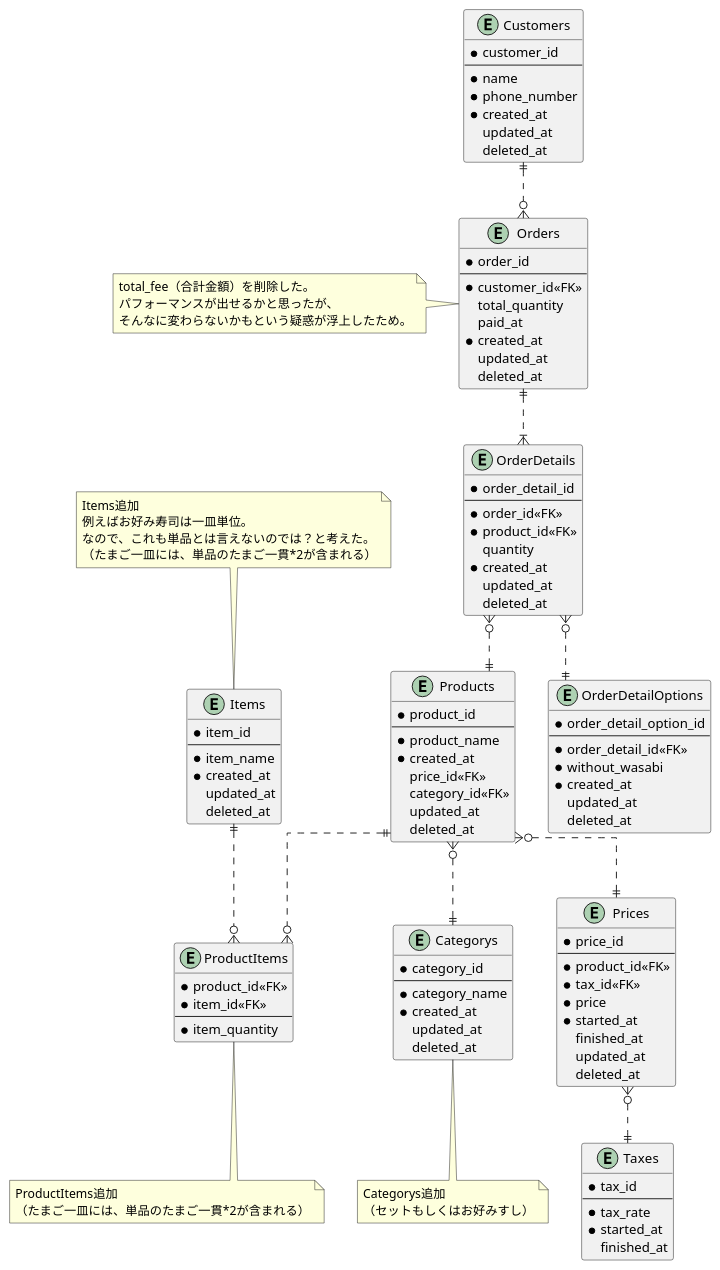
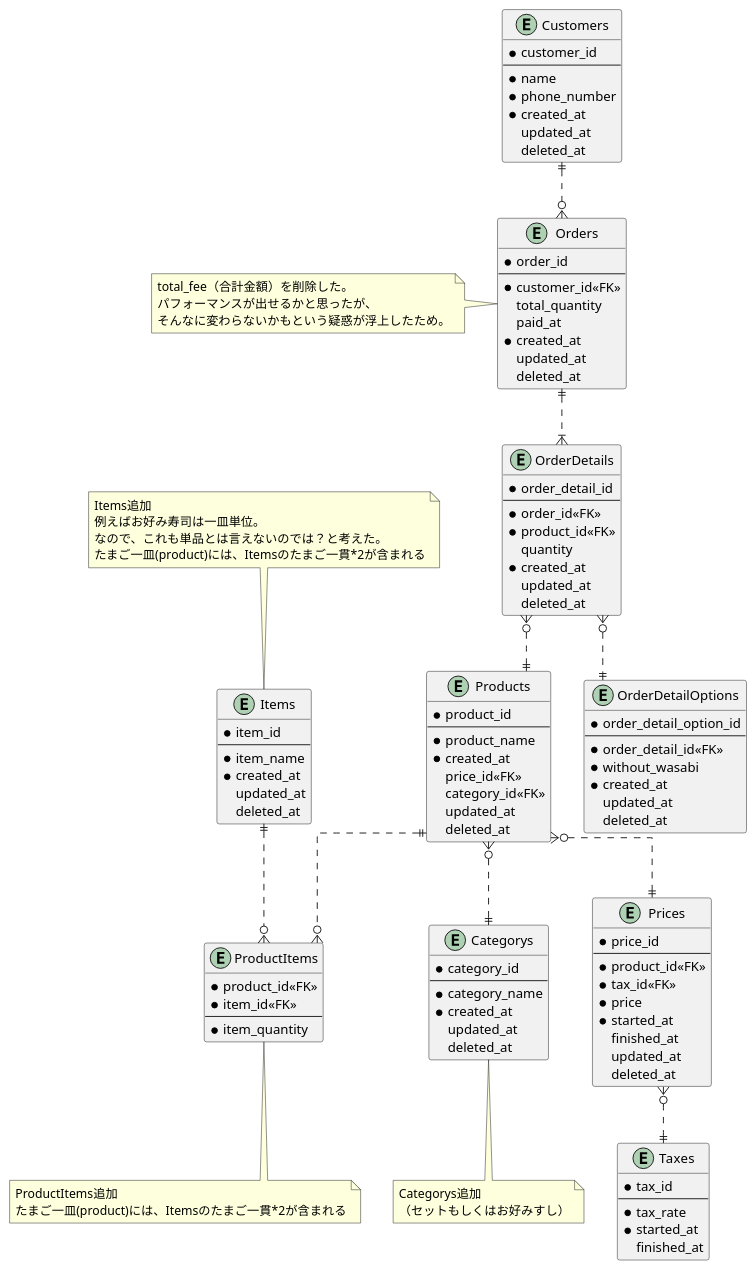
Before and after one commit to moritanuki/praha_challenge: the diagram in 01_データベース設計/01_DBモデリング1/01_課題1/sushi_ordering_schema_01.puml, drawn with PlantUML. The commit also changed 1 other file, not shown here.

```diff
--- a/01_データベース設計/01_DBモデリング1/01_課題1/sushi_ordering_schema_01.puml
+++ b/01_データベース設計/01_DBモデリング1/01_課題1/sushi_ordering_schema_01.puml
@@ -1,147 +1,147 @@
 @startuml sushi_ordering_schema_01
 
 skinparam {
   ' カーディナリティ斜め対策
    linetype ortho
 }
 
 ' 顧客
 entity "Customers" as Customers {
   * customer_id
   --
   * name
   * phone_number
   * created_at
     updated_at
     deleted_at
 }
 
 ' 商品
 entity "Products" as Products {
   * product_id
   --
   * product_name
   * created_at
     price_id<<FK>>
     category_id<<FK>>
     updated_at
     deleted_at
 }
 
 ' 商品カテゴリ
 entity "Categorys" as Categorys {
   * category_id
   --
   * category_name
   * created_at
     updated_at
     deleted_at
 }
 
 note bottom of Categorys
   Categorys追加
   （セットもしくはお好みすし）
 end note
 
 ' 商品金額
 entity "Prices" as Prices {
   * price_id
   --
   * product_id<<FK>>
   * tax_id<<FK>>
   * price
   * started_at
     finished_at
     updated_at
     deleted_at
 }
 
 ' 商品_単品
 entity "ProductItems" as ProductItems {
   * product_id<<FK>>
   * item_id<<FK>>
   --
   * item_quantity
 }
 
 note bottom of ProductItems
   ProductItems追加
-  （たまご一皿には、単品のたまご一貫*2が含まれる）
+  たまご一皿(product)には、Itemsのたまご一貫*2が含まれる
 end note
 
 ' 単品
 entity "Items" as Items {
   * item_id
   --
   * item_name
   * created_at
     updated_at
     deleted_at
 }
 
 note top of Items
   Items追加
   例えばお好み寿司は一皿単位。
   なので、これも単品とは言えないのでは？と考えた。
-  （たまご一皿には、単品のたまご一貫*2が含まれる）
+  たまご一皿(product)には、Itemsのたまご一貫*2が含まれる
 end note
 
 ' 消費税
 entity "Taxes" as Taxes {
   * tax_id
   --
   * tax_rate
   * started_at
     finished_at
 }
 
 ' 注文
 entity "Orders" as Orders {
   * order_id
   --
   * customer_id<<FK>>
     total_quantity
     paid_at
   * created_at
     updated_at
     deleted_at
 }
 
 note left of Orders
   total_fee（合計金額）を削除した。
   パフォーマンスが出せるかと思ったが、
   そんなに変わらないかもという疑惑が浮上したため。
 end note
 
 entity "OrderDetails" as OrderDetails {
   * order_detail_id
   --
   * order_id<<FK>>
   * product_id<<FK>>
     quantity
   * created_at
     updated_at
     deleted_at
 }
 
 entity "OrderDetailOptions" as OrderDetailOptions {
   * order_detail_option_id
   --
   * order_detail_id<<FK>>
   * without_wasabi
   * created_at
     updated_at
     deleted_at
 }
 
 Customers ||..o{ Orders
 Orders ||..|{ OrderDetails
 OrderDetails }o..|| OrderDetailOptions
 OrderDetails }o..|| Products
 Products ||..o{ ProductItems
 Items ||..o{ ProductItems
 Products }o..|| Categorys
 Products }o..|| Prices
 Prices }o..|| Taxes
 
 @enduml
```
